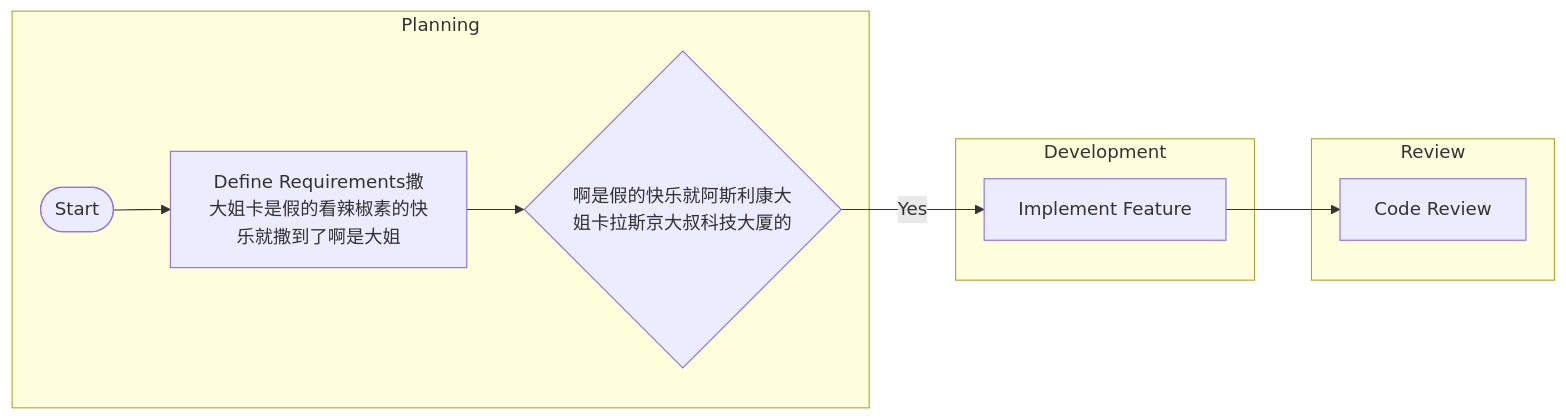
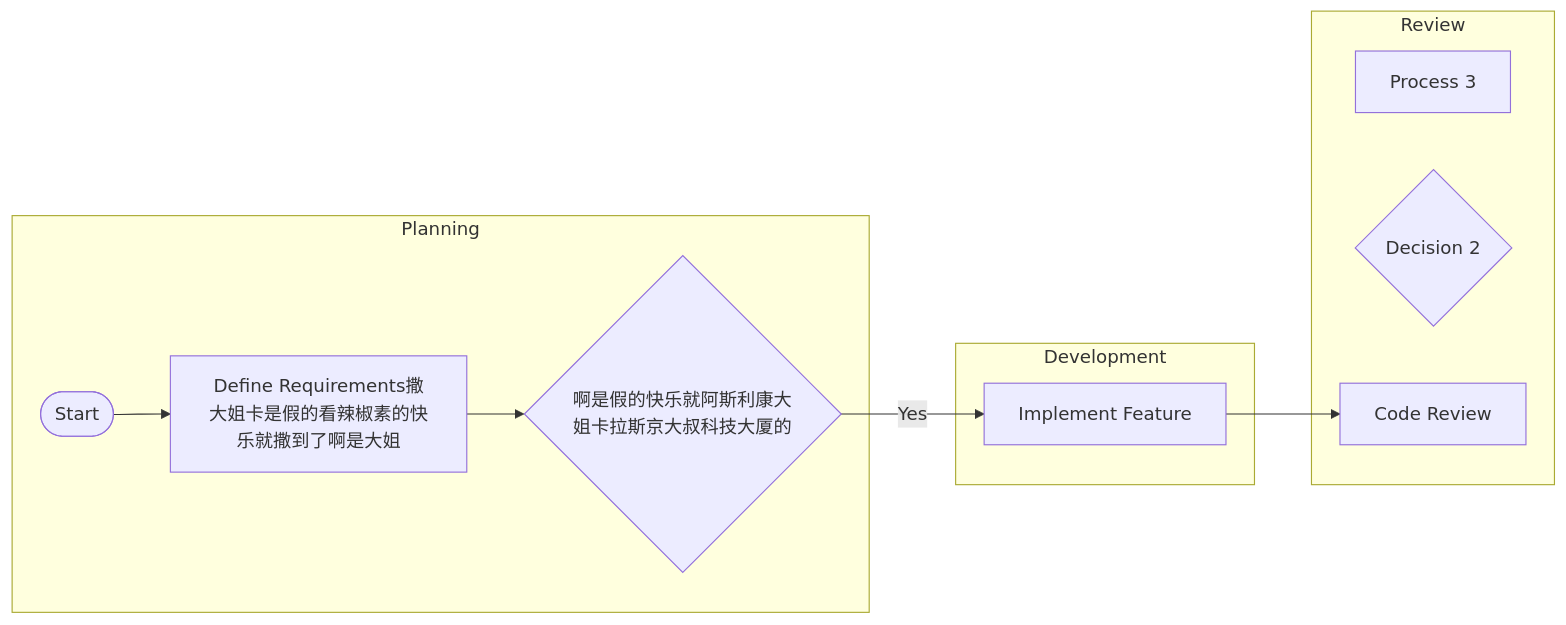
The diagram in mmd/123_7732089b-c55c-4161-ad72-3b9cd41d4a31.mmd (pingpm/mermaid_vault), drawn with Mermaid before and after one commit. The commit also changed 2 other files, not shown here.

Commit message:
Sync Mermaid Studio data (15 diagrams)

```diff
--- a/mmd/123_7732089b-c55c-4161-ad72-3b9cd41d4a31.mmd
+++ b/mmd/123_7732089b-c55c-4161-ad72-3b9cd41d4a31.mmd
@@ -1,16 +1,18 @@
 flowchart LR
   subgraph lane_0["Planning"]
     t_0{"啊是假的快乐就阿斯利康大姐卡拉斯京大叔科技大厦的"}
     t_1(["Start"])
     t_2["Define Requirements撒大姐卡是假的看辣椒素的快乐就撒到了啊是大姐"]
   end
   subgraph lane_1["Development"]
     t_3["Implement Feature"]
   end
   subgraph lane_2["Review"]
-    t_4["Code Review"]
+    t_4["Process 3"]
+    t_5{"Decision 2"}
+    t_6["Code Review"]
   end
   t_1 --> t_2
   t_2 --> t_0
   t_0 -->|"Yes"| t_3
-  t_3 --> t_4
+  t_3 --> t_6
```
